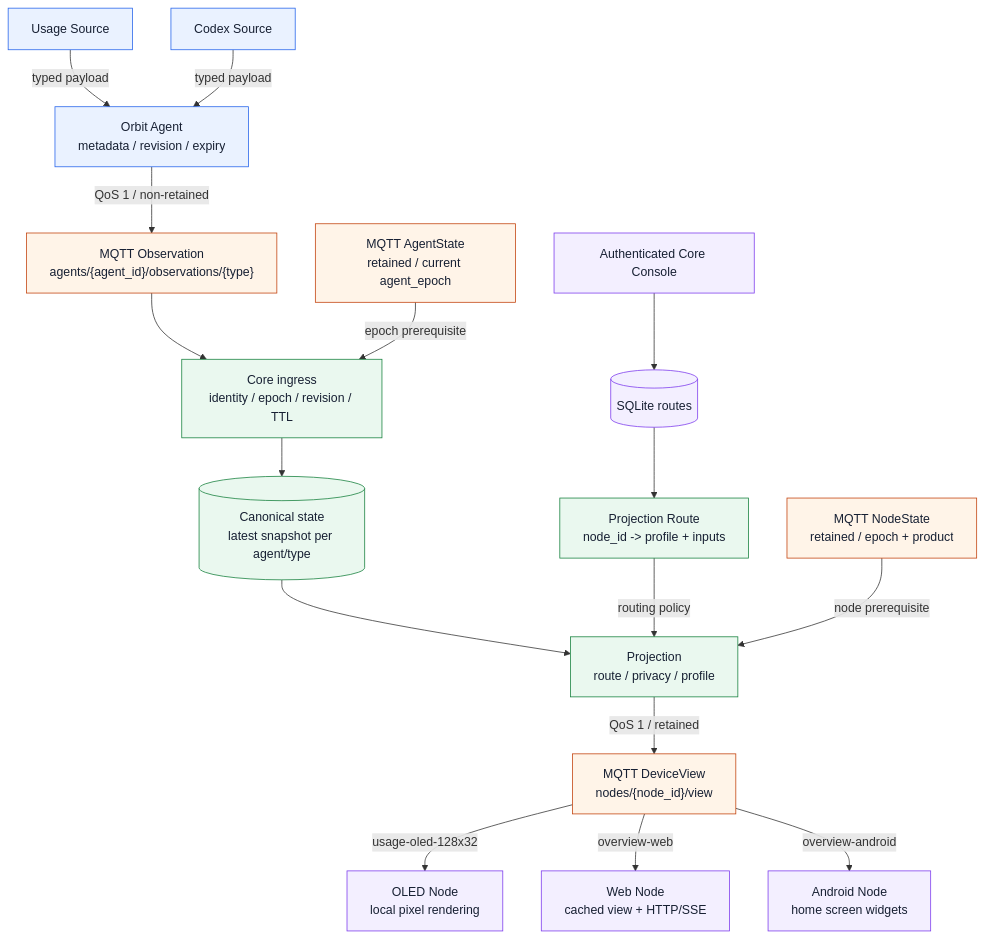
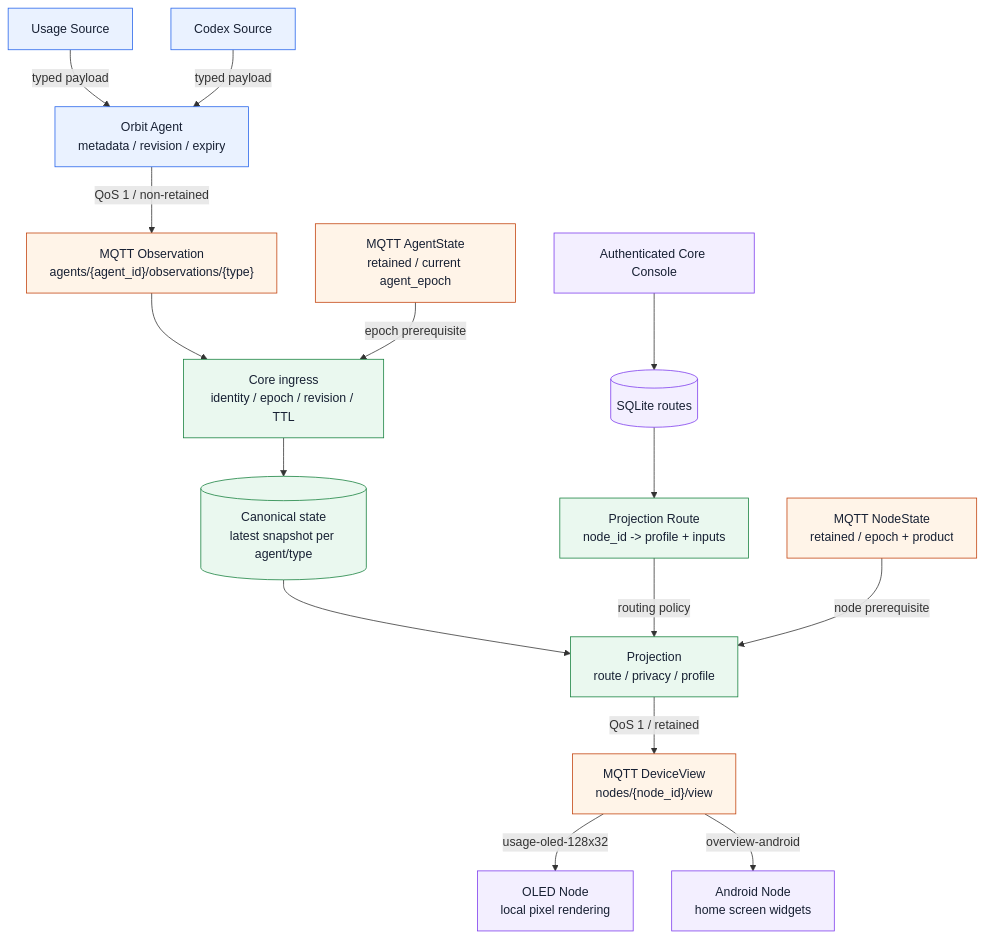
The first of 2 diagrams in README.md (leowzz/orbit), drawn with Mermaid before and after one commit. The commit also changed other lines of this file and 21 other files, not shown here.

Commit message:
feat: make web node inbox-only and harden authentication

````diff
--- a/README.md
+++ b/README.md
@@ -22,26 +22,25 @@
 ```mermaid
 flowchart TB
     Usage["Usage Source"] -->|"typed payload"| Agent["Orbit Agent<br/>metadata / revision / expiry"]
     Codex["Codex Source"] -->|"typed payload"| Agent
     Agent -->|"QoS 1 / non-retained"| Observation["MQTT Observation<br/>agents/{agent_id}/observations/{type}"]
     Observation --> Ingress["Core ingress<br/>identity / epoch / revision / TTL"]
     AgentState["MQTT AgentState<br/>retained / current agent_epoch"] -->|"epoch prerequisite"| Ingress
     Ingress --> Canonical[("Canonical state<br/>latest snapshot per agent/type")]
     Canonical --> Projector["Projection<br/>route / privacy / profile"]
     Console["Authenticated Core Console"] --> SQLite[("SQLite routes")]
     SQLite --> Route["Projection Route<br/>node_id -> profile + inputs"] -->|"routing policy"| Projector
     NodeState["MQTT NodeState<br/>retained / epoch + product"] -->|"node prerequisite"| Projector
     Projector -->|"QoS 1 / retained"| View["MQTT DeviceView<br/>nodes/{node_id}/view"]
     View -->|"usage-oled-128x32"| OLED["OLED Node<br/>local pixel rendering"]
-    View -->|"overview-web"| Web["Web Node<br/>cached view + HTTP/SSE"]
     View -->|"overview-android"| Android["Android Node<br/>home screen widgets"]
 
     classDef host fill:#eaf2ff,stroke:#2563eb,color:#172033
     classDef topic fill:#fff4e8,stroke:#c2410c,color:#172033
     classDef core fill:#eaf8ef,stroke:#15803d,color:#172033
     classDef node fill:#f3efff,stroke:#7c3aed,color:#172033
     class Usage,Codex,Agent host
     class Observation,AgentState,NodeState,View topic
     class Ingress,Canonical,Projector,Route core
-    class OLED,Web,Android node
+    class OLED,Android node
 ```
````
